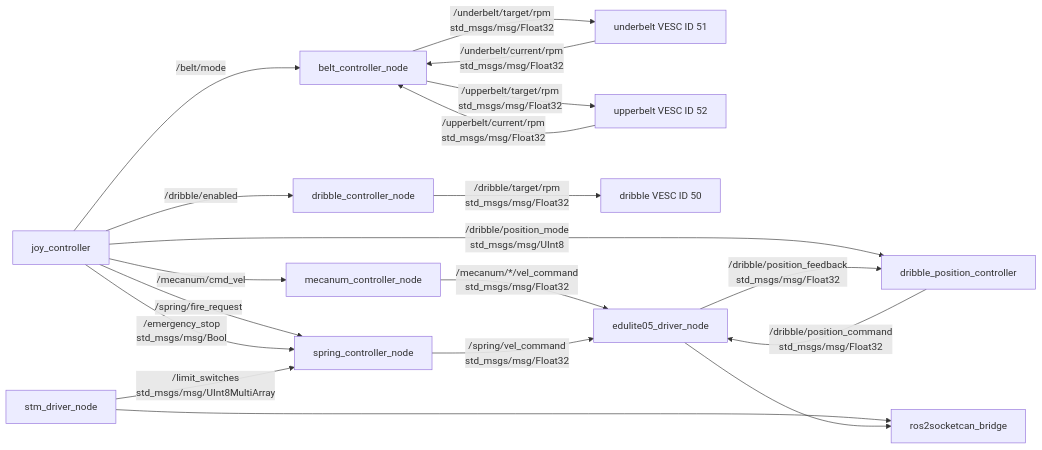
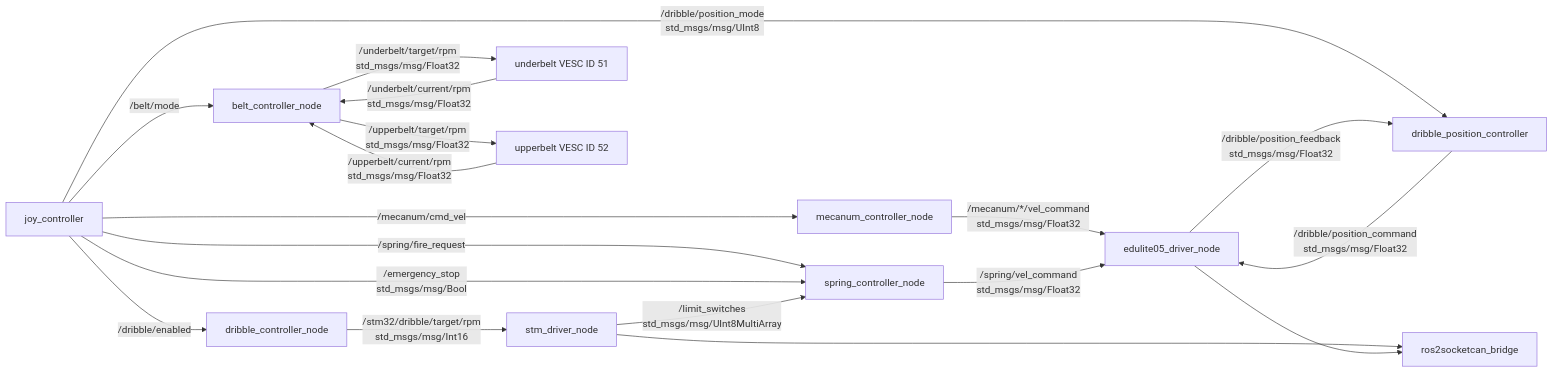
Before and after one commit to rodep-soft/rox2026: the diagram in ros2_ws/src/robot_controller/README.md, drawn with Mermaid. The commit also changed other lines of this file and 6 other files, not shown here.

````diff
--- a/ros2_ws/src/robot_controller/README.md
+++ b/ros2_ws/src/robot_controller/README.md
@@ -7,36 +7,35 @@
 ```mermaid
 flowchart LR
   joy[joy_controller]
   mecanum[mecanum_controller_node]
   spring[spring_controller_node]
   dribble[dribble_controller_node]
   position[dribble_position_controller]
   belt[belt_controller_node]
   stm_driver[stm_driver_node]
   under_vesc[underbelt VESC ID 51]
   upper_vesc[upperbelt VESC ID 52]
-  dribble_vesc[dribble VESC ID 50]
   edulite_driver[edulite05_driver_node]
   bridge[ros2socketcan_bridge]
 
   joy -->|/mecanum/cmd_vel| mecanum
   joy -->|/spring/fire_request| spring
   joy -->|/dribble/enabled| dribble
   joy -->|/belt/mode| belt
   joy -->|/dribble/position_mode\nstd_msgs/msg/UInt8| position
   joy -->|/emergency_stop\nstd_msgs/msg/Bool| spring
 
   mecanum -->|/mecanum/*/vel_command\nstd_msgs/msg/Float32| edulite_driver
   spring -->|/spring/vel_command\nstd_msgs/msg/Float32| edulite_driver
-  dribble -->|/dribble/target/rpm\nstd_msgs/msg/Float32| dribble_vesc
+  dribble -->|/stm32/dribble/target/rpm\nstd_msgs/msg/Int16| stm_driver
   belt -->|/underbelt/target/rpm\nstd_msgs/msg/Float32| under_vesc
   belt -->|/upperbelt/target/rpm\nstd_msgs/msg/Float32| upper_vesc
   under_vesc -->|/underbelt/current/rpm\nstd_msgs/msg/Float32| belt
   upper_vesc -->|/upperbelt/current/rpm\nstd_msgs/msg/Float32| belt
   position -->|/dribble/position_command\nstd_msgs/msg/Float32| edulite_driver
   edulite_driver -->|/dribble/position_feedback\nstd_msgs/msg/Float32| position
   stm_driver -->|/limit_switches\nstd_msgs/msg/UInt8MultiArray| spring
 
   stm_driver --> bridge
   edulite_driver --> bridge
 ```
````
